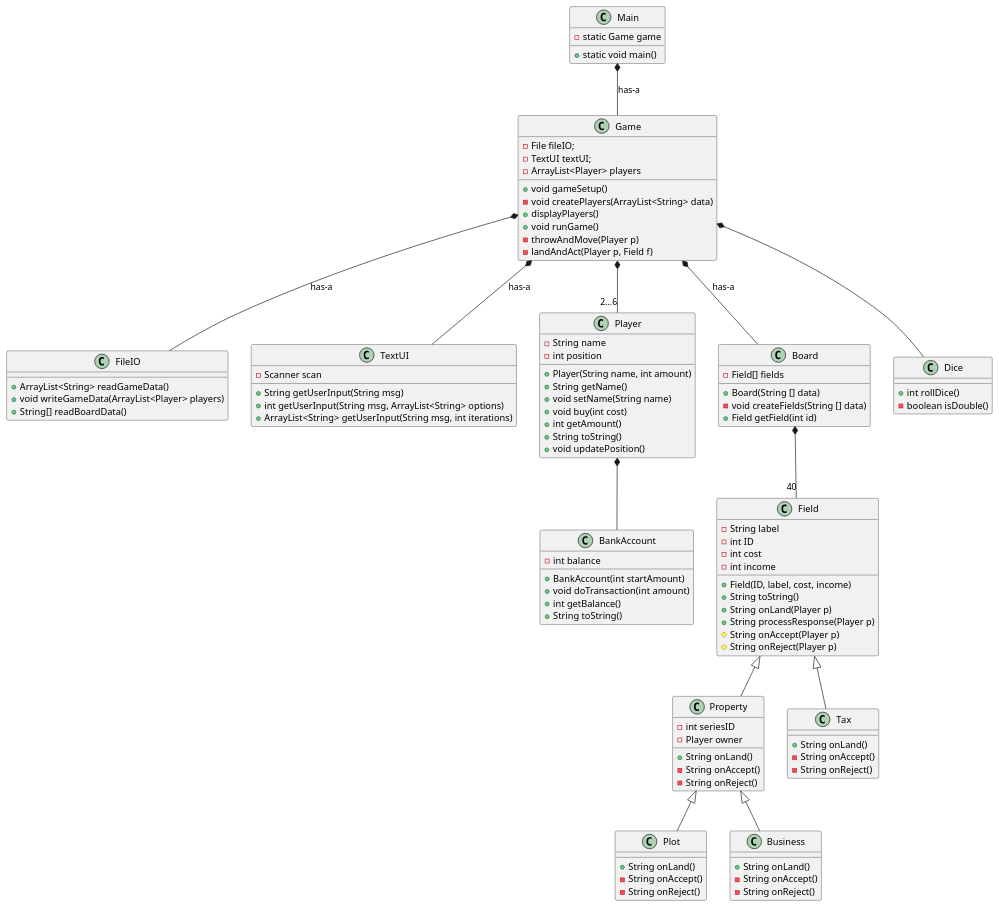
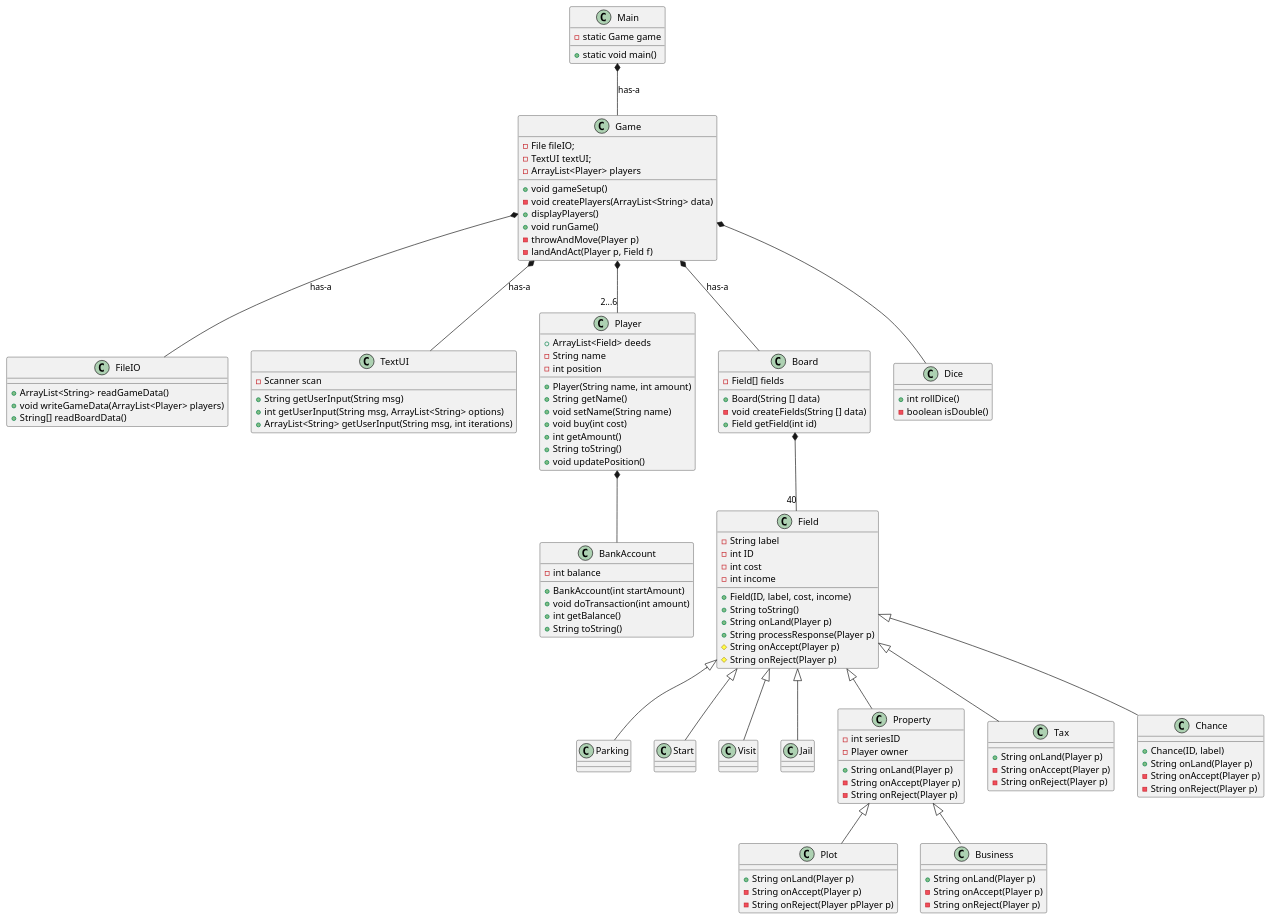
Before and after one commit to christoffertimm/OOP2-opgaver: the diagram in Documentation/classdiagram_v1.3.puml, drawn with PlantUML. The commit also changed 28 other files, not shown here.

```diff
--- a/Documentation/classdiagram_v1.3.puml
+++ b/Documentation/classdiagram_v1.3.puml
@@ -1,107 +1,124 @@
 @startuml
 'https://plantuml.com/class-diagram
 
 class Main
 class Game
 class FileIO
 class TextUI
 class Player
 class BankAccount
 class Board
 class Field
 class Dice
+class Parking
+class Start
+class Visit
+class Jail
 
 
 Main : - static Game game
 Main : + static void main()
 
 Game : - File fileIO;
 Game : - TextUI textUI;
 Game : - ArrayList<Player> players
 Game : + void gameSetup()
 Game : - void createPlayers(ArrayList<String> data)
 Game : + displayPlayers()
 Game : + void runGame()
 Game : - throwAndMove(Player p)
 Game : - landAndAct(Player p, Field f)
 
 FileIO : + ArrayList<String> readGameData()
 FileIO : + void writeGameData(ArrayList<Player> players)
 FileIO : + String[] readBoardData()
 
 TextUI : + String getUserInput(String msg)
 TextUI : + int getUserInput(String msg, ArrayList<String> options)
 TextUI : + ArrayList<String> getUserInput(String msg, int iterations)
 TextUI : - Scanner scan
 
 
 
 Player : + Player(String name, int amount)
+Player : + ArrayList<Field> deeds
 Player : - String name
 Player : - int position
 Player : + String getName()
 Player : + void setName(String name)
 Player : + void buy(int cost)
 Player : + int getAmount()
 Player : + String toString()
 Player : + void updatePosition()
 
 BankAccount : -int balance
 BankAccount : +BankAccount(int startAmount)
 BankAccount : +void doTransaction(int amount)
 BankAccount : +int getBalance()
 BankAccount : +String toString()
 
 Field : + Field(ID, label, cost, income)
 Field : - String label
 Field : - int ID
 Field : - int cost
 Field : - int income
 
 Field : + String toString()
 Field : + String onLand(Player p)
 Field : + String processResponse(Player p)
 Field : # String onAccept(Player p)
 Field : # String onReject(Player p)
 
 Property : - int seriesID
 Property : - Player owner
-Property : + String onLand()
-Property : - String onAccept()
-Property : - String onReject()
+Property : + String onLand(Player p)
+Property : - String onAccept(Player p)
+Property : - String onReject(Player p)
 
-Plot : + String onLand()
-Plot : - String onAccept()
-Plot : - String onReject()
+Plot : + String onLand(Player p)
+Plot : - String onAccept(Player p)
+Plot : - String onReject(Player pPlayer p)
 
-Business : + String onLand()
-Business : - String onAccept()
-Business : - String onReject()
+Business : + String onLand(Player p)
+Business : - String onAccept(Player p)
+Business : - String onReject(Player p)
 
-Tax : + String onLand()
-Tax : - String onAccept()
-Tax : - String onReject()
+Tax : + String onLand(Player p)
+Tax : - String onAccept(Player p)
+Tax : - String onReject(Player p)
+
+Chance : + Chance(ID, label)
+Chance : + String onLand(Player p)
+Chance : - String onAccept(Player p)
+Chance : - String onReject(Player p)
+
+
 
 Field <|-- Tax
+Field <|-- Jail
+Field <|-- Start
+Field <|-- Parking
+Field <|-- Visit
+Field <|-- Chance
 Field <|-- Property
 Property <|-- Plot
 Property <|-- Business
 
 Dice : + int rollDice()
 Dice : - boolean isDouble()
 
 Board : - Field[] fields
 Board : + Board(String [] data)
 Board : - void createFields(String [] data)
 Board : + Field getField(int id)
 Game *-- Dice
 Main *-- Game : has-a
 Game *-- FileIO : has-a
 Game *-- TextUI : has-a
 Game *-- "2...6" Player
 Player *-- BankAccount
 Game *-- Board : has-a
 Board *-- "40" Field
 
 
 @enduml
```
